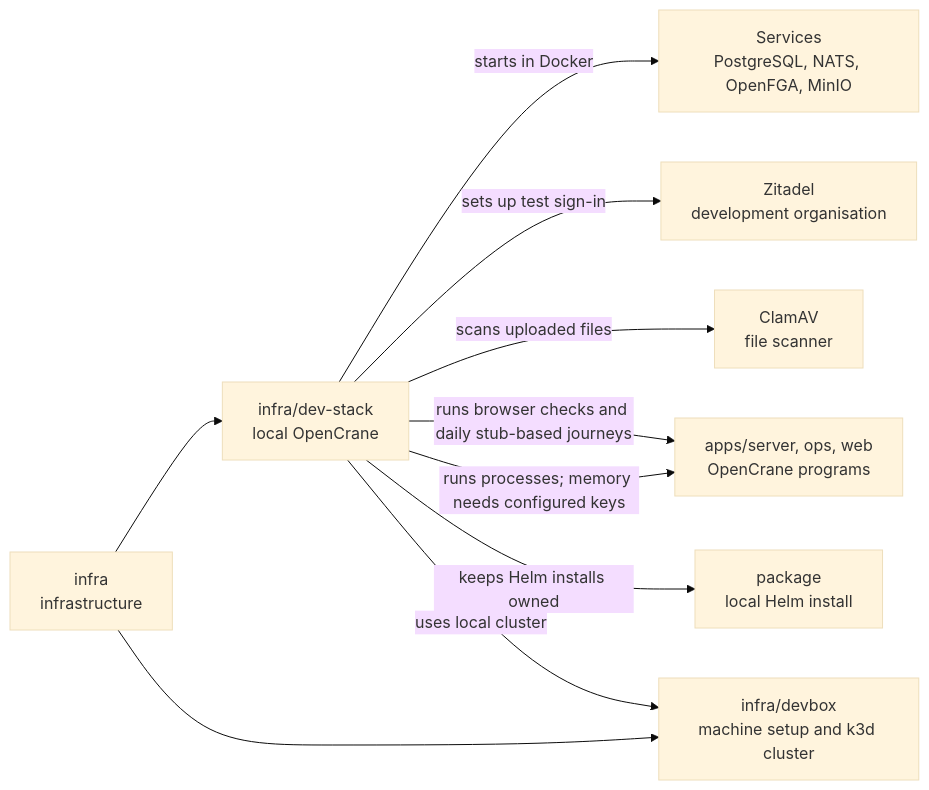
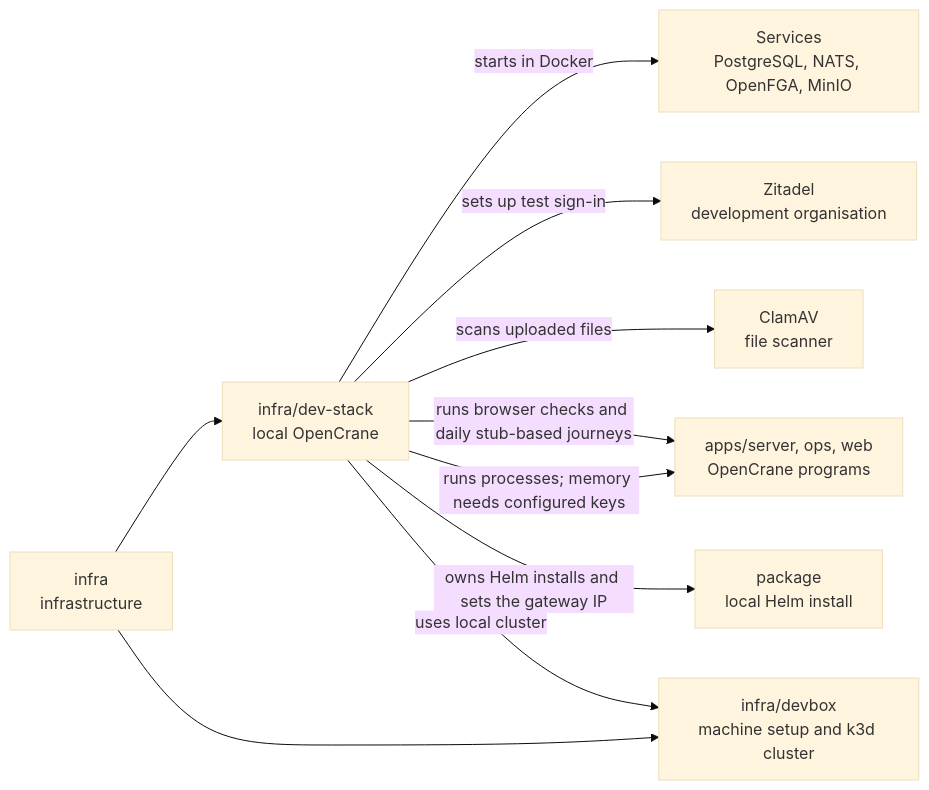
One commit to elewa-git/opencrane-new changed the diagram in infra/dev-stack/README.md. Above: the diagram before and after it, drawn with Mermaid (base theme). The commit also changed other lines of this file and 18 other files, not shown here.

````diff
--- a/infra/dev-stack/README.md
+++ b/infra/dev-stack/README.md
@@ -15,12 +15,12 @@
 ```mermaid
 flowchart LR
   infra["infra<br/>infrastructure"] --> stack["infra/dev-stack<br/>local OpenCrane"]
   stack -->|starts in Docker| services["Services<br/>PostgreSQL, NATS, OpenFGA, MinIO"]
   stack -->|sets up test sign-in| zitadel["Zitadel<br/>development organisation"]
   stack -->|scans uploaded files| clamav["ClamAV<br/>file scanner"]
   stack -->|runs processes; memory needs configured keys| apps["apps/server, ops, web<br/>OpenCrane programs"]
-  stack -->|keeps Helm installs owned| package["package<br/>local Helm install"]
+  stack -->|owns Helm installs and sets the gateway IP| package["package<br/>local Helm install"]
   stack -->|runs browser checks and daily stub-based journeys| apps
   infra --> devbox["infra/devbox<br/>machine setup and k3d cluster"]
   stack -->|uses local cluster| devbox
 ```
````
